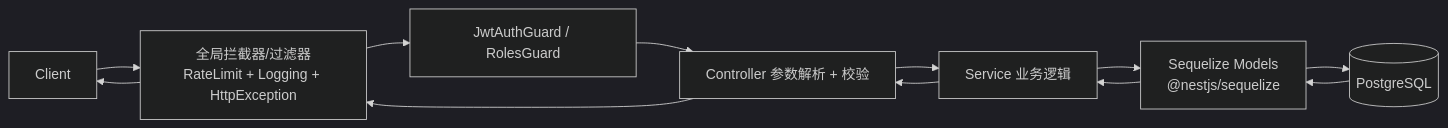
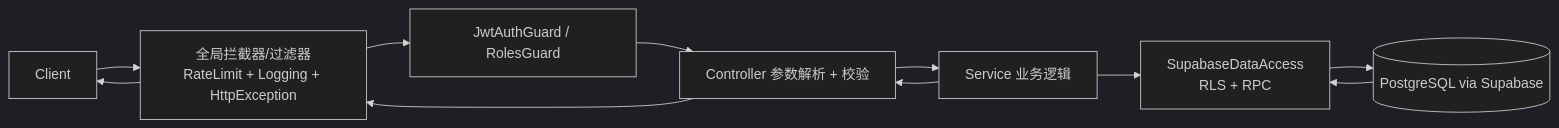
Before and after one commit to LZStarV/CSISP: the third of 3 diagrams in docs-refer/architecture/技术架构设计文档.md, drawn with Mermaid (dark theme). The commit also changed other lines of this file and 71 other files, not shown here.

````diff
--- a/docs-refer/architecture/技术架构设计文档.md
+++ b/docs-refer/architecture/技术架构设计文档.md
@@ -359,15 +360,13 @@
 ```mermaid
 flowchart LR
   Client --> Nest[全局拦截器/过滤器\nRateLimit + Logging + HttpException]
   Nest --> Guard[JwtAuthGuard / RolesGuard]
   Guard --> Ctrl[Controller 参数解析 + 校验]
   Ctrl --> Svc[Service 业务逻辑]
-  Svc --> ORM[Sequelize Models
-@nestjs/sequelize]
-  ORM --> PG[(PostgreSQL)]
-  PG --> ORM
-  ORM --> Svc
+  Svc --> DA[SupabaseDataAccess\nRLS + RPC]
+  DA --> PG[(PostgreSQL via Supabase)]
+  PG --> DA
   Svc --> Ctrl
   Ctrl --> Nest
   Nest --> Client
 ```
````
